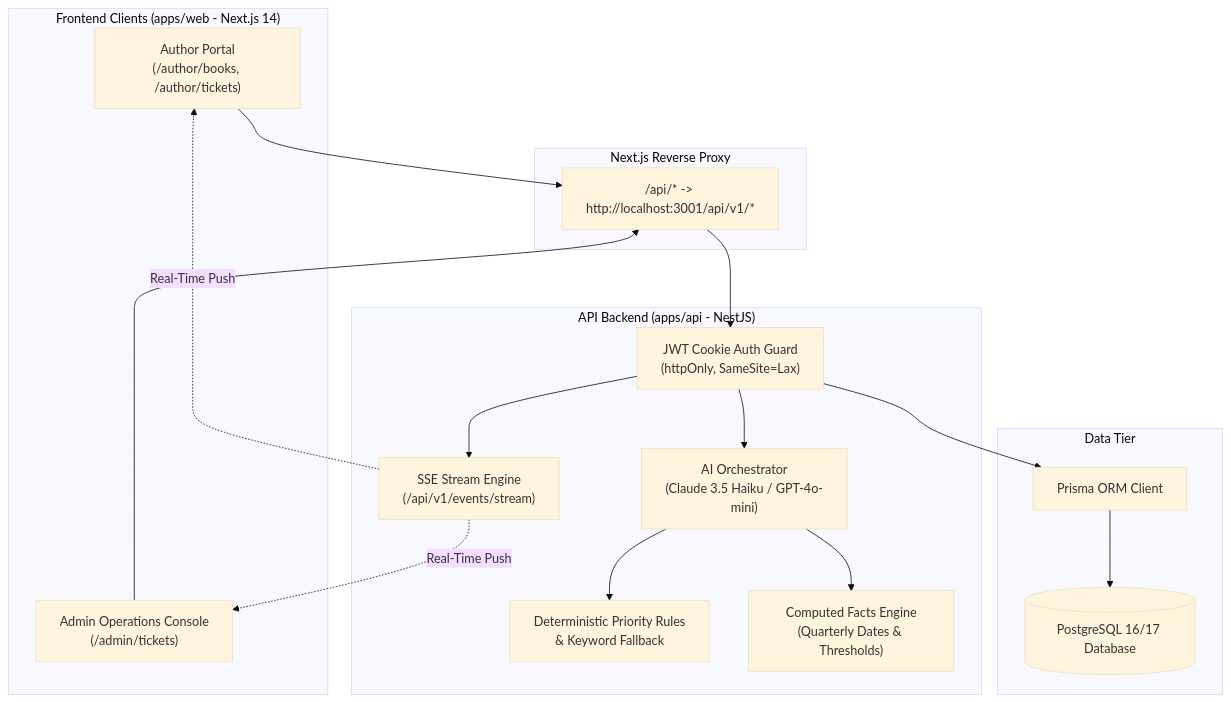
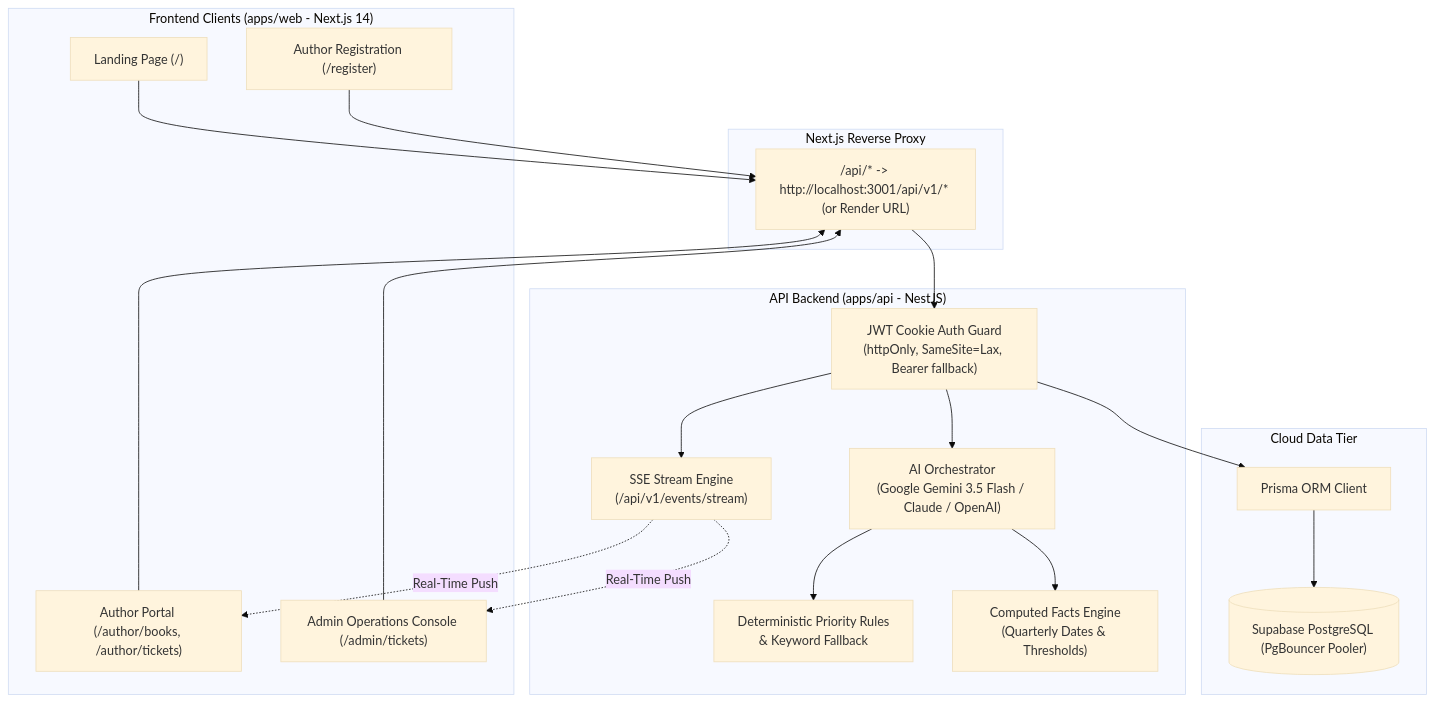
The diagram in README.md (toshakparmar/bookleaf-author-support-portal), drawn with Mermaid (base theme) before and after one commit. The commit also changed other lines of this file and 8 other files, not shown here.

Commit message:
feat: complete author registration, Gemini AI resilience, back-to-home navigation, and deployment config

````diff
--- a/README.md
+++ b/README.md
@@ -27,36 +28,40 @@
 ```mermaid
 graph TD
     subgraph Clients["Frontend Clients (apps/web - Next.js 14)"]
-        AuthorUI["Author Portal<br/>(/author/books, /author/tickets)"]
-        AdminUI["Admin Operations Console<br/>(/admin/tickets)"]
+        Landing["Landing Page (/)"]
+        Register["Author Registration (/register)"]
+        AuthorUI["Author Portal (/author/books, /author/tickets)"]
+        AdminUI["Admin Operations Console (/admin/tickets)"]
     end
 
     subgraph Gateway["Next.js Reverse Proxy"]
-        Rewrite["/api/* -> http://localhost:3001/api/v1/*"]
+        Rewrite["/api/* -> http://localhost:3001/api/v1/* (or Render URL)"]
     end
 
     subgraph Backend["API Backend (apps/api - NestJS)"]
-        AuthModule["JWT Cookie Auth Guard<br/>(httpOnly, SameSite=Lax)"]
+        AuthModule["JWT Cookie Auth Guard<br/>(httpOnly, SameSite=Lax, Bearer fallback)"]
         SSEModule["SSE Stream Engine<br/>(/api/v1/events/stream)"]
-        AiModule["AI Orchestrator<br/>(Claude 3.5 Haiku / GPT-4o-mini)"]
+        AiModule["AI Orchestrator<br/>(Google Gemini 3.5 Flash / Claude / OpenAI)"]
         Rules["Deterministic Priority Rules<br/>& Keyword Fallback"]
         Facts["Computed Facts Engine<br/>(Quarterly Dates & Thresholds)"]
     end
 
-    subgraph Storage["Data Tier"]
+    subgraph Storage["Cloud Data Tier"]
         Prisma["Prisma ORM Client"]
-        Postgres[("PostgreSQL 16/17 Database")]
+        Supabase[("Supabase PostgreSQL (PgBouncer Pooler)")]
     end
 
+    Landing --> Rewrite
+    Register --> Rewrite
     AuthorUI --> Rewrite
     AdminUI --> Rewrite
     Rewrite --> AuthModule
     AuthModule --> SSEModule
     AuthModule --> AiModule
     AiModule --> Rules
     AiModule --> Facts
     AuthModule --> Prisma
-    Prisma --> Postgres
+    Prisma --> Supabase
     SSEModule -.->|Real-Time Push| AuthorUI
     SSEModule -.->|Real-Time Push| AdminUI
 ```
````
